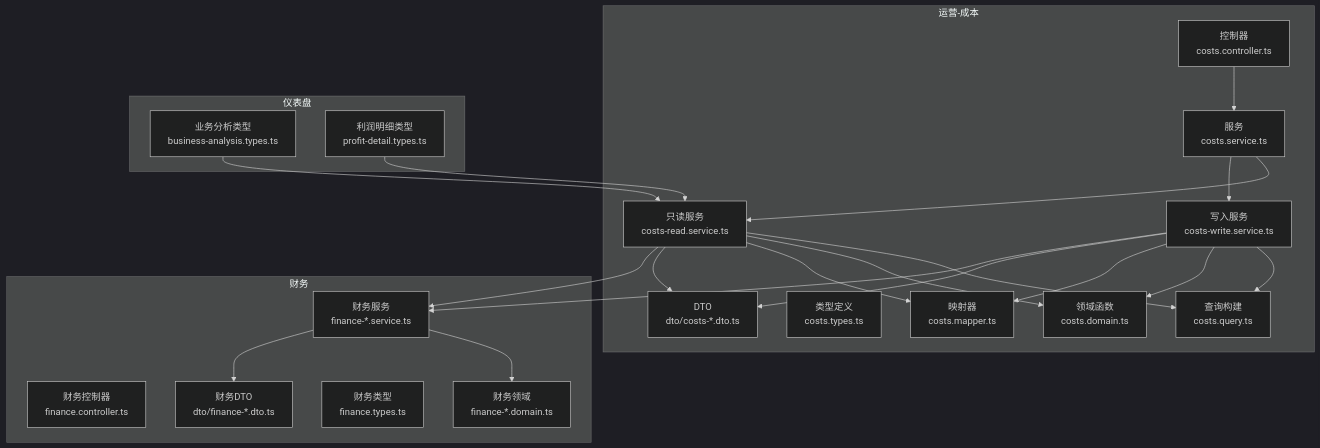
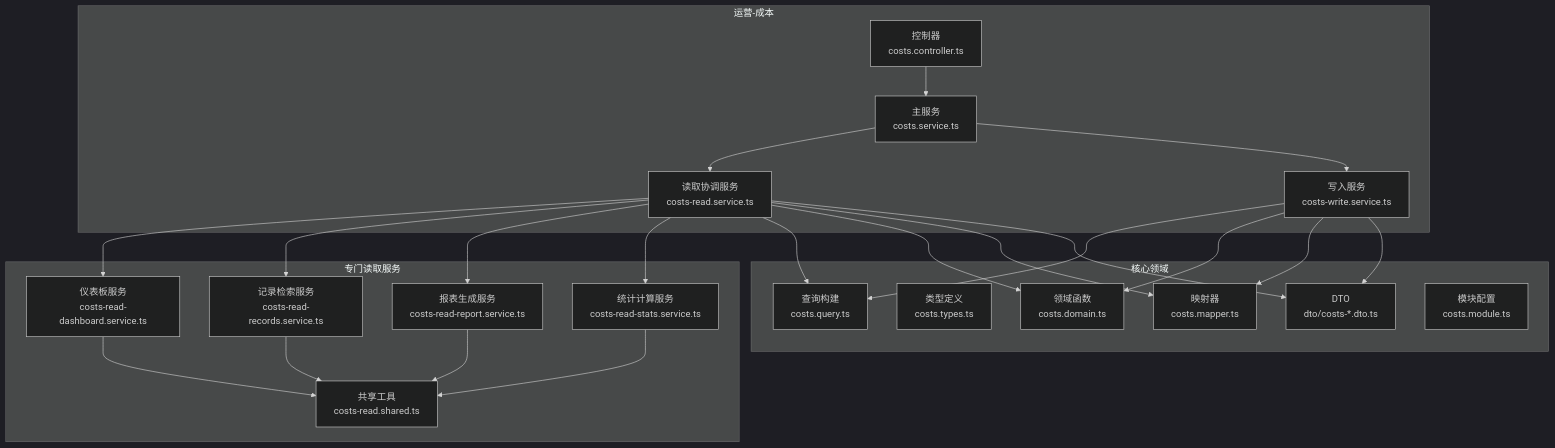
The first of 9 diagrams in .qoder/repowiki/zh/content/业务模块/运营管理模块/成本管理.md (rc558620/purelyprofit-server), drawn with Mermaid (dark theme) before and after one commit. The commit also changed other lines of this file and 45 other files, not shown here.

````diff
--- a/.qoder/repowiki/zh/content/业务模块/运营管理模块/成本管理.md
+++ b/.qoder/repowiki/zh/content/业务模块/运营管理模块/成本管理.md
@@ -133,42 +48,43 @@
 ```mermaid
 graph TB
 subgraph "运营-成本"
 Ctl["控制器<br/>costs.controller.ts"]
-Svc["服务<br/>costs.service.ts"]
-ReadSvc["只读服务<br/>costs-read.service.ts"]
+Svc["主服务<br/>costs.service.ts"]
+ReadSvc["读取协调服务<br/>costs-read.service.ts"]
 WriteSvc["写入服务<br/>costs-write.service.ts"]
+end
+subgraph "专门读取服务"
+DashSvc["仪表板服务<br/>costs-read-dashboard.service.ts"]
+RecordsSvc["记录检索服务<br/>costs-read-records.service.ts"]
+ReportSvc["报表生成服务<br/>costs-read-report.service.ts"]
+StatsSvc["统计计算服务<br/>costs-read-stats.service.ts"]
+SharedUtils["共享工具<br/>costs-read.shared.ts"]
+end
+subgraph "核心领域"
 Domain["领域函数<br/>costs.domain.ts"]
 Types["类型定义<br/>costs.types.ts"]
 Mapper["映射器<br/>costs.mapper.ts"]
 Query["查询构建<br/>costs.query.ts"]
 DTOs["DTO<br/>dto/costs-*.dto.ts"]
-end
-subgraph "仪表盘"
-BA["业务分析类型<br/>business-analysis.types.ts"]
-PD["利润明细类型<br/>profit-detail.types.ts"]
-end
-subgraph "财务"
-FinCtl["财务控制器<br/>finance.controller.ts"]
-FinSvc["财务服务<br/>finance-*.service.ts"]
-FinDomain["财务领域<br/>finance-*.domain.ts"]
-FinTypes["财务类型<br/>finance.types.ts"]
-FinDTOs["财务DTO<br/>dto/finance-*.dto.ts"]
+Module["模块配置<br/>costs.module.ts"]
 end
 Ctl --> Svc
 Svc --> ReadSvc
 Svc --> WriteSvc
+ReadSvc --> DashSvc
+ReadSvc --> RecordsSvc
+ReadSvc --> ReportSvc
+ReadSvc --> StatsSvc
+DashSvc --> SharedUtils
+RecordsSvc --> SharedUtils
+ReportSvc --> SharedUtils
+StatsSvc --> SharedUtils
 ReadSvc --> Query
 WriteSvc --> Query
 ReadSvc --> Domain
 WriteSvc --> Domain
 ReadSvc --> Mapper
 WriteSvc --> Mapper
 ReadSvc --> DTOs
 WriteSvc --> DTOs
-BA --> ReadSvc
-PD --> ReadSvc
-ReadSvc --> FinSvc
-WriteSvc --> FinSvc
-FinSvc --> FinDomain
-FinSvc --> FinDTOs
 ```
````
